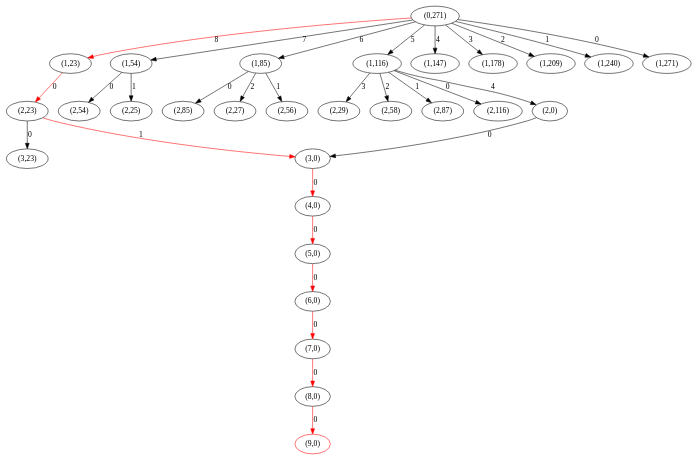
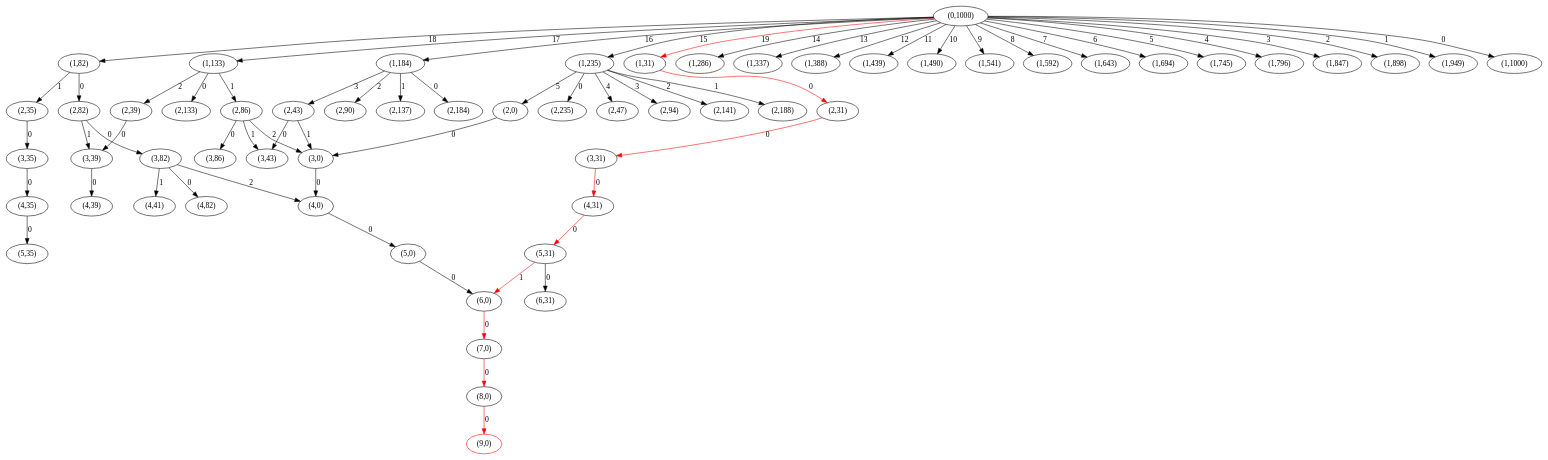
The diagram in java/EjemplosAlgoritmos/ficheros/multiconjuntosAStarGraph.gv (migueltoro/ada_v2_18), drawn with Graphviz before and after one commit. The commit also changed 15 other files, not shown here.

```diff
--- a/java/EjemplosAlgoritmos/ficheros/multiconjuntosAStarGraph.gv
+++ b/java/EjemplosAlgoritmos/ficheros/multiconjuntosAStarGraph.gv
@@ -1,60 +1,123 @@
 strict digraph G {
-  1 [ label="(0,271)" ];
-  2 [ label="(1,23)" ];
-  3 [ label="(1,54)" ];
-  4 [ label="(1,85)" ];
-  5 [ label="(1,116)" ];
-  6 [ label="(1,147)" ];
-  7 [ label="(1,178)" ];
-  8 [ label="(1,209)" ];
-  9 [ label="(1,240)" ];
-  10 [ label="(1,271)" ];
-  11 [ label="(2,23)" ];
-  12 [ label="(2,25)" ];
-  13 [ label="(2,54)" ];
-  14 [ label="(2,27)" ];
-  15 [ label="(2,56)" ];
-  16 [ label="(2,85)" ];
-  17 [ label="(3,0)" ];
-  18 [ label="(3,23)" ];
-  19 [ label="(2,0)" ];
-  20 [ label="(2,29)" ];
-  21 [ label="(2,58)" ];
-  22 [ label="(2,87)" ];
-  23 [ label="(2,116)" ];
-  24 [ label="(4,0)" ];
-  25 [ label="(5,0)" ];
-  26 [ label="(6,0)" ];
-  27 [ label="(7,0)" ];
-  28 [ label="(8,0)" ];
-  29 [ color="red" label="(9,0)" ];
-  1 -> 2 [ color="red" label="8" ];
-  1 -> 3 [ label="7" ];
-  1 -> 4 [ label="6" ];
-  1 -> 5 [ label="5" ];
-  1 -> 6 [ label="4" ];
-  1 -> 7 [ label="3" ];
-  1 -> 8 [ label="2" ];
-  1 -> 9 [ label="1" ];
-  1 -> 10 [ label="0" ];
-  2 -> 11 [ color="red" label="0" ];
-  3 -> 12 [ label="1" ];
-  3 -> 13 [ label="0" ];
-  4 -> 14 [ label="2" ];
-  4 -> 15 [ label="1" ];
-  4 -> 16 [ label="0" ];
-  11 -> 17 [ color="red" label="1" ];
-  11 -> 18 [ label="0" ];
-  5 -> 19 [ label="4" ];
-  5 -> 20 [ label="3" ];
-  5 -> 21 [ label="2" ];
-  5 -> 22 [ label="1" ];
-  5 -> 23 [ label="0" ];
-  17 -> 24 [ color="red" label="0" ];
-  19 -> 17 [ label="0" ];
-  24 -> 25 [ color="red" label="0" ];
-  25 -> 26 [ color="red" label="0" ];
-  26 -> 27 [ color="red" label="0" ];
-  27 -> 28 [ color="red" label="0" ];
-  28 -> 29 [ color="red" label="0" ];
+  1 [ label="(0,1000)" ];
+  2 [ label="(1,31)" ];
+  3 [ label="(1,82)" ];
+  4 [ label="(1,133)" ];
+  5 [ label="(1,184)" ];
+  6 [ label="(1,235)" ];
+  7 [ label="(1,286)" ];
+  8 [ label="(1,337)" ];
+  9 [ label="(1,388)" ];
+  10 [ label="(1,439)" ];
+  11 [ label="(1,490)" ];
+  12 [ label="(1,541)" ];
+  13 [ label="(1,592)" ];
+  14 [ label="(1,643)" ];
+  15 [ label="(1,694)" ];
+  16 [ label="(1,745)" ];
+  17 [ label="(1,796)" ];
+  18 [ label="(1,847)" ];
+  19 [ label="(1,898)" ];
+  20 [ label="(1,949)" ];
+  21 [ label="(1,1000)" ];
+  22 [ label="(2,31)" ];
+  23 [ label="(3,31)" ];
+  24 [ label="(2,35)" ];
+  25 [ label="(2,82)" ];
+  26 [ label="(4,31)" ];
+  27 [ label="(3,35)" ];
+  28 [ label="(2,39)" ];
+  29 [ label="(2,86)" ];
+  30 [ label="(2,133)" ];
+  31 [ label="(5,31)" ];
+  32 [ label="(4,35)" ];
+  33 [ label="(3,39)" ];
+  34 [ label="(3,82)" ];
+  35 [ label="(2,43)" ];
+  36 [ label="(2,90)" ];
+  37 [ label="(2,137)" ];
+  38 [ label="(2,184)" ];
+  39 [ label="(5,35)" ];
+  40 [ label="(4,39)" ];
+  41 [ label="(3,0)" ];
+  42 [ label="(3,43)" ];
+  43 [ label="(4,0)" ];
+  44 [ label="(4,41)" ];
+  45 [ label="(4,82)" ];
+  46 [ label="(5,0)" ];
+  47 [ label="(6,0)" ];
+  48 [ label="(6,31)" ];
+  49 [ label="(7,0)" ];
+  50 [ label="(3,86)" ];
+  51 [ label="(8,0)" ];
+  52 [ label="(2,0)" ];
+  53 [ label="(2,47)" ];
+  54 [ label="(2,94)" ];
+  55 [ label="(2,141)" ];
+  56 [ label="(2,188)" ];
+  57 [ label="(2,235)" ];
+  58 [ color="red" label="(9,0)" ];
+  1 -> 2 [ color="red" label="19" ];
+  1 -> 3 [ label="18" ];
+  1 -> 4 [ label="17" ];
+  1 -> 5 [ label="16" ];
+  1 -> 6 [ label="15" ];
+  1 -> 7 [ label="14" ];
+  1 -> 8 [ label="13" ];
+  1 -> 9 [ label="12" ];
+  1 -> 10 [ label="11" ];
+  1 -> 11 [ label="10" ];
+  1 -> 12 [ label="9" ];
+  1 -> 13 [ label="8" ];
+  1 -> 14 [ label="7" ];
+  1 -> 15 [ label="6" ];
+  1 -> 16 [ label="5" ];
+  1 -> 17 [ label="4" ];
+  1 -> 18 [ label="3" ];
+  1 -> 19 [ label="2" ];
+  1 -> 20 [ label="1" ];
+  1 -> 21 [ label="0" ];
+  2 -> 22 [ color="red" label="0" ];
+  22 -> 23 [ color="red" label="0" ];
+  3 -> 24 [ label="1" ];
+  3 -> 25 [ label="0" ];
+  23 -> 26 [ color="red" label="0" ];
+  24 -> 27 [ label="0" ];
+  4 -> 28 [ label="2" ];
+  4 -> 29 [ label="1" ];
+  4 -> 30 [ label="0" ];
+  26 -> 31 [ color="red" label="0" ];
+  27 -> 32 [ label="0" ];
+  28 -> 33 [ label="0" ];
+  25 -> 33 [ label="1" ];
+  25 -> 34 [ label="0" ];
+  5 -> 35 [ label="3" ];
+  5 -> 36 [ label="2" ];
+  5 -> 37 [ label="1" ];
+  5 -> 38 [ label="0" ];
+  32 -> 39 [ label="0" ];
+  33 -> 40 [ label="0" ];
+  35 -> 41 [ label="1" ];
+  35 -> 42 [ label="0" ];
+  34 -> 43 [ label="2" ];
+  34 -> 44 [ label="1" ];
+  34 -> 45 [ label="0" ];
+  41 -> 43 [ label="0" ];
+  43 -> 46 [ label="0" ];
+  31 -> 47 [ color="red" label="1" ];
+  31 -> 48 [ label="0" ];
+  46 -> 47 [ label="0" ];
+  47 -> 49 [ color="red" label="0" ];
+  29 -> 41 [ label="2" ];
+  29 -> 42 [ label="1" ];
+  29 -> 50 [ label="0" ];
+  49 -> 51 [ color="red" label="0" ];
+  6 -> 52 [ label="5" ];
+  6 -> 53 [ label="4" ];
+  6 -> 54 [ label="3" ];
+  6 -> 55 [ label="2" ];
+  6 -> 56 [ label="1" ];
+  6 -> 57 [ label="0" ];
+  51 -> 58 [ color="red" label="0" ];
+  52 -> 41 [ label="0" ];
 }
```
